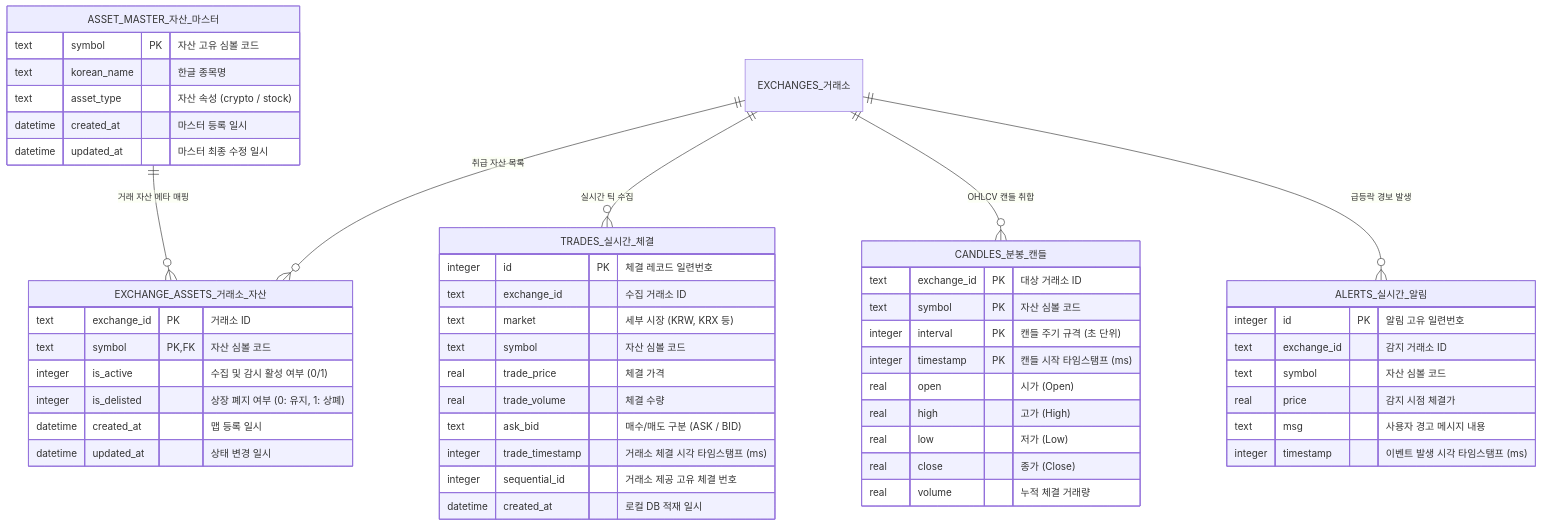
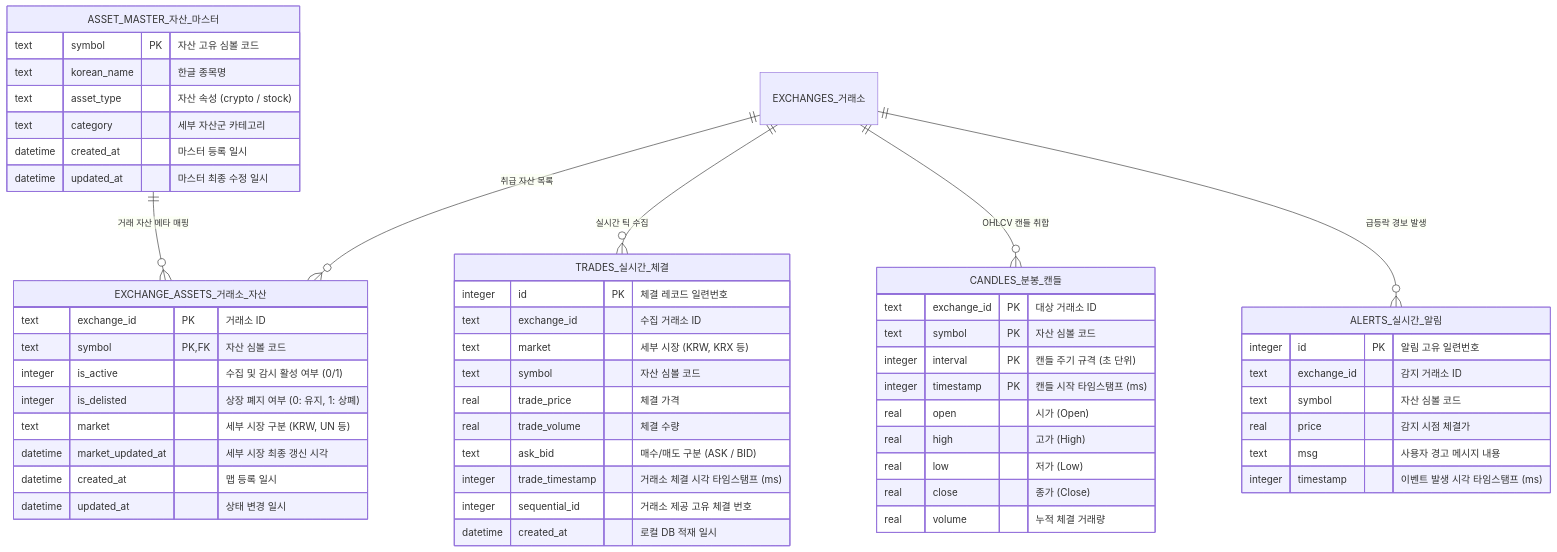
One commit to yslsoft-ui/ATS changed the third of 5 diagrams in docs/database.md. Above: the diagram before and after it, drawn with Mermaid. The commit also changed 3 other files, not shown here.

Commit message:
docs: database.md의 Mermaid ERD 다이어그램에 컬럼 스키마 동기화

````diff
--- a/docs/database.md
+++ b/docs/database.md
@@ -217,60 +217,63 @@
 ```mermaid
 erDiagram
     EXCHANGES_거래소 ||--o{ EXCHANGE_ASSETS_거래소_자산 : "취급 자산 목록"
     EXCHANGES_거래소 ||--o{ TRADES_실시간_체결 : "실시간 틱 수집"
     EXCHANGES_거래소 ||--o{ CANDLES_분봉_캔들 : "OHLCV 캔들 취합"
     EXCHANGES_거래소 ||--o{ ALERTS_실시간_알림 : "급등락 경보 발생"
     ASSET_MASTER_자산_마스터 ||--o{ EXCHANGE_ASSETS_거래소_자산 : "거래 자산 메타 매핑"
 
     EXCHANGES_거래소 {}
     ASSET_MASTER_자산_마스터 {
         text symbol PK "자산 고유 심볼 코드"
         text korean_name "한글 종목명"
         text asset_type "자산 속성 (crypto / stock)"
+        text category "세부 자산군 카테고리"
         datetime created_at "마스터 등록 일시"
         datetime updated_at "마스터 최종 수정 일시"
     }
 
     EXCHANGE_ASSETS_거래소_자산 {
         text exchange_id PK "거래소 ID"
         text symbol PK, FK "자산 심볼 코드"
         integer is_active "수집 및 감시 활성 여부 (0/1)"
         integer is_delisted "상장 폐지 여부 (0: 유지, 1: 상폐)"
+        text market "세부 시장 구분 (KRW, UN 등)"
+        datetime market_updated_at "세부 시장 최종 갱신 시각"
         datetime created_at "맵 등록 일시"
         datetime updated_at "상태 변경 일시"
     }
 
     TRADES_실시간_체결 {
         integer id PK "체결 레코드 일련번호"
         text exchange_id "수집 거래소 ID"
         text market "세부 시장 (KRW, KRX 등)"
         text symbol "자산 심볼 코드"
         real trade_price "체결 가격"
         real trade_volume "체결 수량"
         text ask_bid "매수/매도 구분 (ASK / BID)"
         integer trade_timestamp "거래소 체결 시각 타임스탬프 (ms)"
         integer sequential_id "거래소 제공 고유 체결 번호"
         datetime created_at "로컬 DB 적재 일시"
     }
 
     CANDLES_분봉_캔들 {
         text exchange_id PK "대상 거래소 ID"
         text symbol PK "자산 심볼 코드"
         integer interval PK "캔들 주기 규격 (초 단위)"
         integer timestamp PK "캔들 시작 타임스탬프 (ms)"
         real open "시가 (Open)"
         real high "고가 (High)"
         real low "저가 (Low)"
         real close "종가 (Close)"
         real volume "누적 체결 거래량"
     }
 
     ALERTS_실시간_알림 {
         integer id PK "알림 고유 일련번호"
         text exchange_id "감지 거래소 ID"
         text symbol "자산 심볼 코드"
         real price "감지 시점 체결가"
         text msg "사용자 경고 메시지 내용"
         integer timestamp "이벤트 발생 시각 타임스탬프 (ms)"
     }
 ```
````
